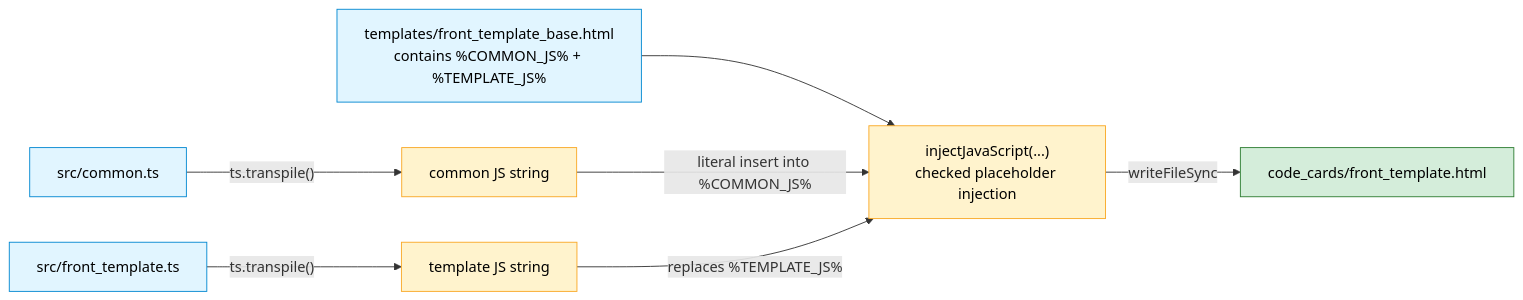
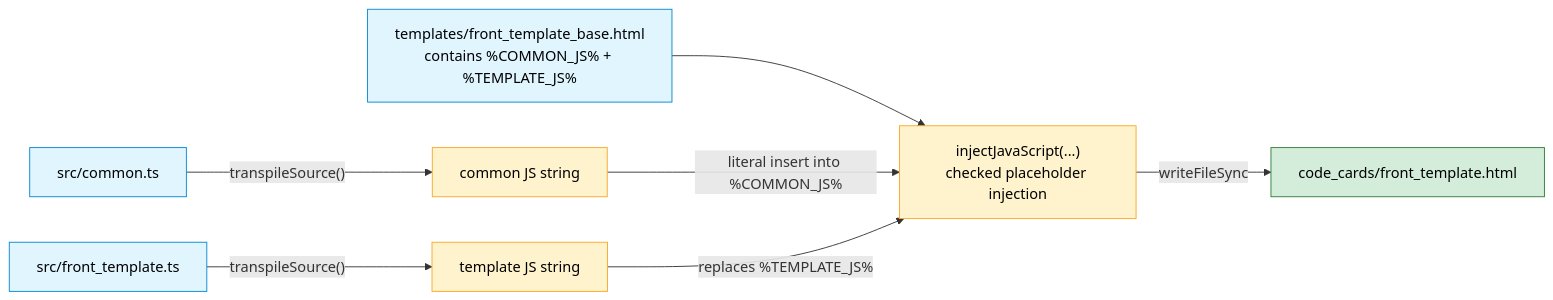
Before and after one commit to muhsinali/anki_templates: the second of 2 diagrams in documentation/architecture-diagrams/02-build-pipeline.md, drawn with Mermaid. The commit also changed other lines of this file and 27 other files, not shown here.

````diff
--- a/documentation/architecture-diagrams/02-build-pipeline.md
+++ b/documentation/architecture-diagrams/02-build-pipeline.md
@@ -34,17 +34,17 @@
 ```mermaid
 flowchart LR
-    COMMON["src/common.ts"] -->|"ts.transpile()"| JS1["common JS string"]
-    SPECIFIC["src/front_template.ts"] -->|"ts.transpile()"| JS2["template JS string"]
+    COMMON["src/common.ts"] -->|"transpileSource()"| JS1["common JS string"]
+    SPECIFIC["src/front_template.ts"] -->|"transpileSource()"| JS2["template JS string"]
     BASE["templates/front_template_base.html<br/>contains %COMMON_JS% + %TEMPLATE_JS%"] --> R
 
     JS1 -->|"literal insert into %COMMON_JS%"| R["injectJavaScript(...)<br/>checked placeholder injection"]
     JS2 -->|"replaces %TEMPLATE_JS%"| R
     R -->|"writeFileSync"| OUT["code_cards/front_template.html"]
 
     classDef in fill:#e1f5ff,stroke:#0288d1,color:#000;
     classDef mid fill:#fff3cd,stroke:#f9a825,color:#000;
     classDef out fill:#d4edda,stroke:#2e7d32,color:#000;
     class COMMON,SPECIFIC,BASE in;
     class JS1,JS2,R mid;
     class OUT out;
 ```
````
